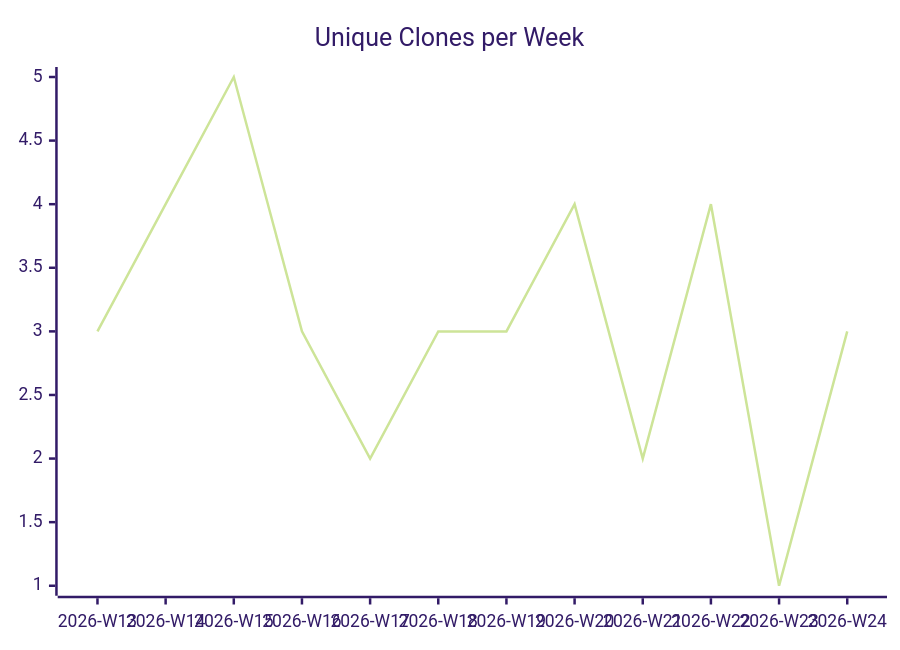
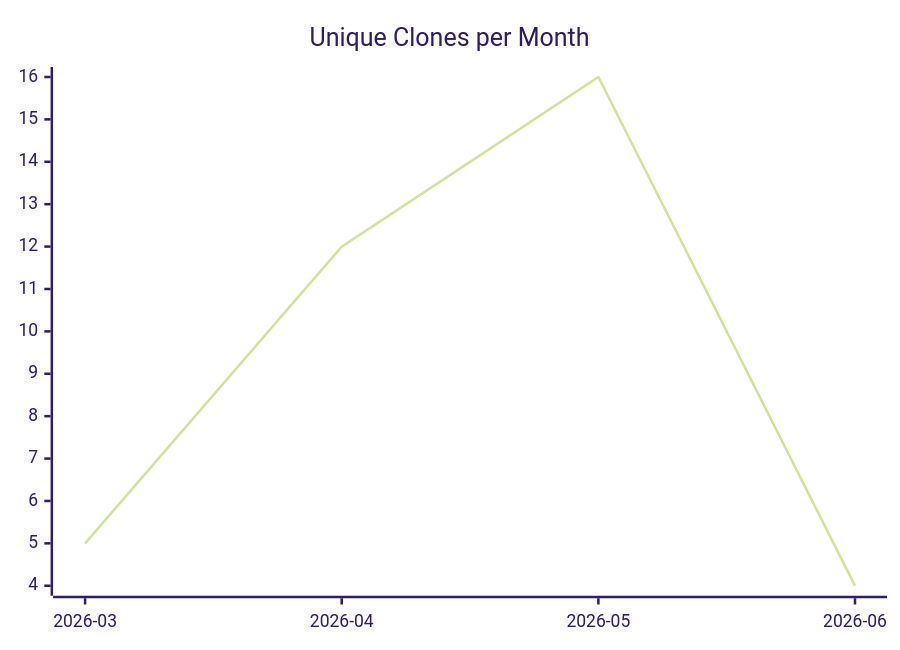
One commit to justdavis-family/github-analytics-data changed the third of 3 diagrams in karlmdavis/justdavis-karl/README.md. Above: the diagram before and after it, drawn with Mermaid (forest theme). The commit also changed other lines of this file and 198 other files, not shown here.

````diff
--- a/karlmdavis/justdavis-karl/README.md
+++ b/karlmdavis/justdavis-karl/README.md
@@ -19,6 +19,6 @@
 ```mermaid
 xychart-beta
-  title "Unique Clones per Week"
-  x-axis ["2026-W13", "2026-W14", "2026-W15", "2026-W16", "2026-W17", "2026-W18", "2026-W19", "2026-W20", "2026-W21", "2026-W22", "2026-W23", "2026-W24"]
-  line [3, 4, 5, 3, 2, 3, 3, 4, 2, 4, 1, 3]
+  title "Unique Clones per Month"
+  x-axis ["2026-03", "2026-04", "2026-05", "2026-06"]
+  line [5, 12, 16, 4]
 ```
````
